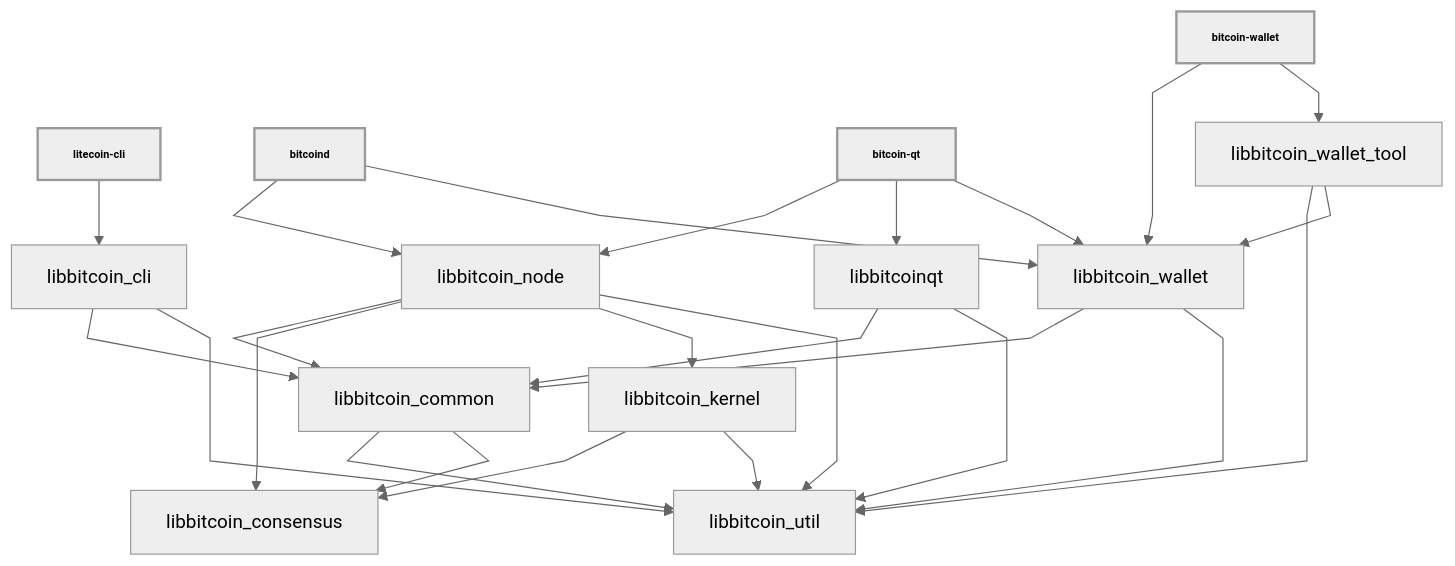
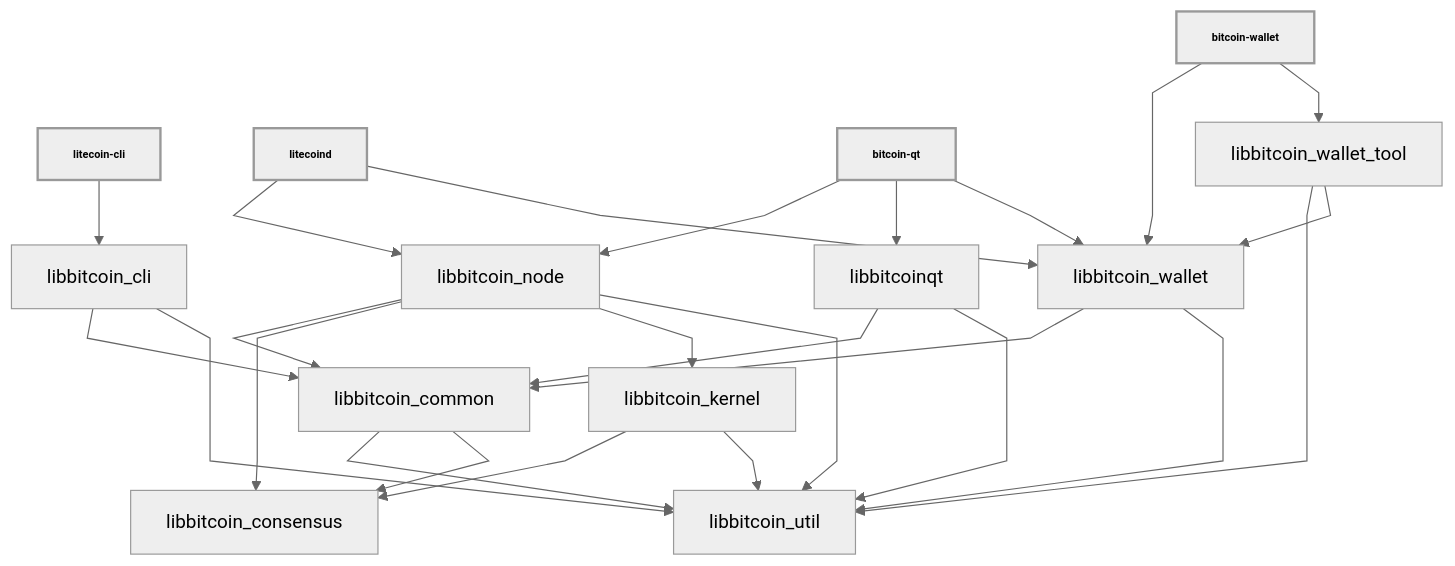
The diagram in doc/design/libraries.md (nkpatro/catcoin), drawn with Mermaid (neutral theme) before and after one commit. The commit also changed other lines of this file and 139 other files, not shown here.

Commit message:
Litecoin: Branding: litecoind & litecoin.conf

````diff
--- a/doc/design/libraries.md
+++ b/doc/design/libraries.md
@@ -36,44 +36,44 @@
 ```mermaid
 
 %%{ init : { "flowchart" : { "curve" : "linear" }}}%%
 
 graph TD;
 
 litecoin-cli[litecoin-cli]-->libbitcoin_cli;
 
-bitcoind[bitcoind]-->libbitcoin_node;
-bitcoind[bitcoind]-->libbitcoin_wallet;
+litecoind[litecoind]-->libbitcoin_node;
+litecoind[litecoind]-->libbitcoin_wallet;
 
 bitcoin-qt[bitcoin-qt]-->libbitcoin_node;
 bitcoin-qt[bitcoin-qt]-->libbitcoinqt;
 bitcoin-qt[bitcoin-qt]-->libbitcoin_wallet;
 
 bitcoin-wallet[bitcoin-wallet]-->libbitcoin_wallet;
 bitcoin-wallet[bitcoin-wallet]-->libbitcoin_wallet_tool;
 
 libbitcoin_cli-->libbitcoin_common;
 libbitcoin_cli-->libbitcoin_util;
 
 libbitcoin_common-->libbitcoin_util;
 libbitcoin_common-->libbitcoin_consensus;
 
 libbitcoin_kernel-->libbitcoin_consensus;
 libbitcoin_kernel-->libbitcoin_util;
 
 libbitcoin_node-->libbitcoin_common;
 libbitcoin_node-->libbitcoin_consensus;
 libbitcoin_node-->libbitcoin_kernel;
 libbitcoin_node-->libbitcoin_util;
 
 libbitcoinqt-->libbitcoin_common;
 libbitcoinqt-->libbitcoin_util;
 
 libbitcoin_wallet-->libbitcoin_common;
 libbitcoin_wallet-->libbitcoin_util;
 
 libbitcoin_wallet_tool-->libbitcoin_util;
 libbitcoin_wallet_tool-->libbitcoin_wallet;
 
 classDef bold stroke-width:2px, font-weight:bold, font-size: smaller;
-class bitcoin-qt,bitcoind,litecoin-cli,bitcoin-wallet bold
+class bitcoin-qt,litecoind,litecoin-cli,bitcoin-wallet bold
 ```
````
